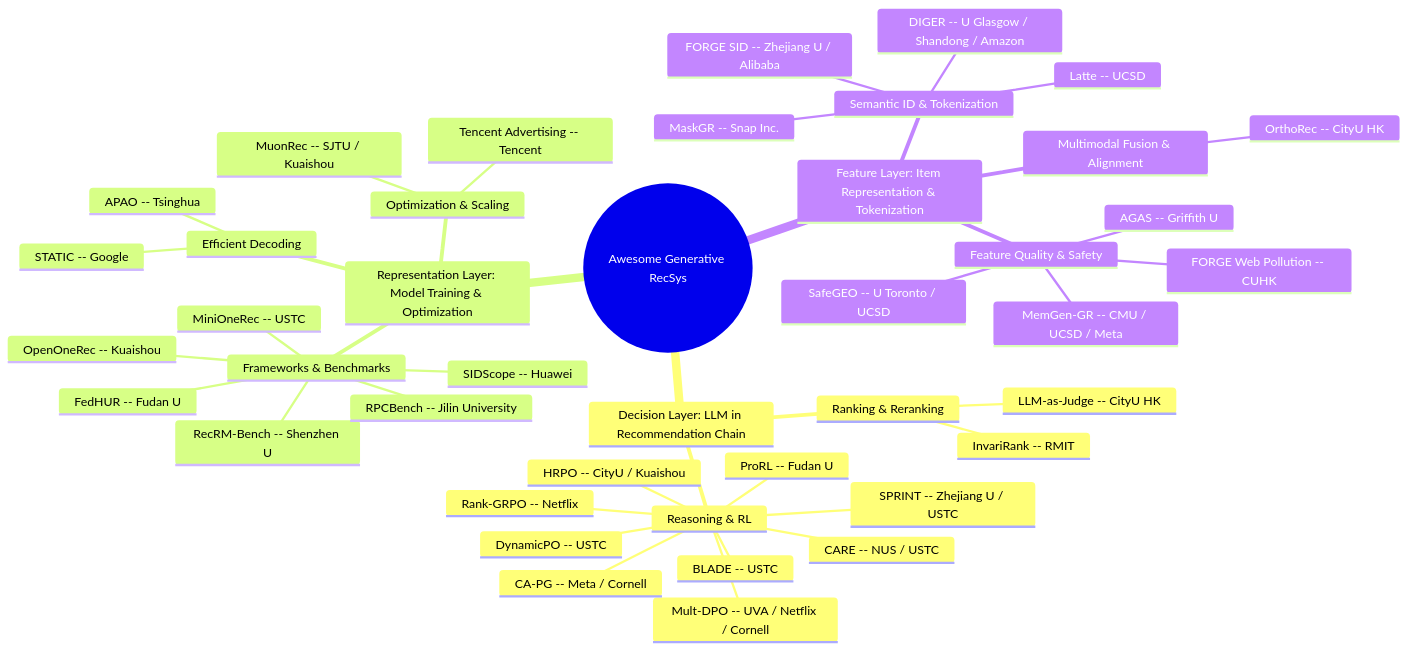
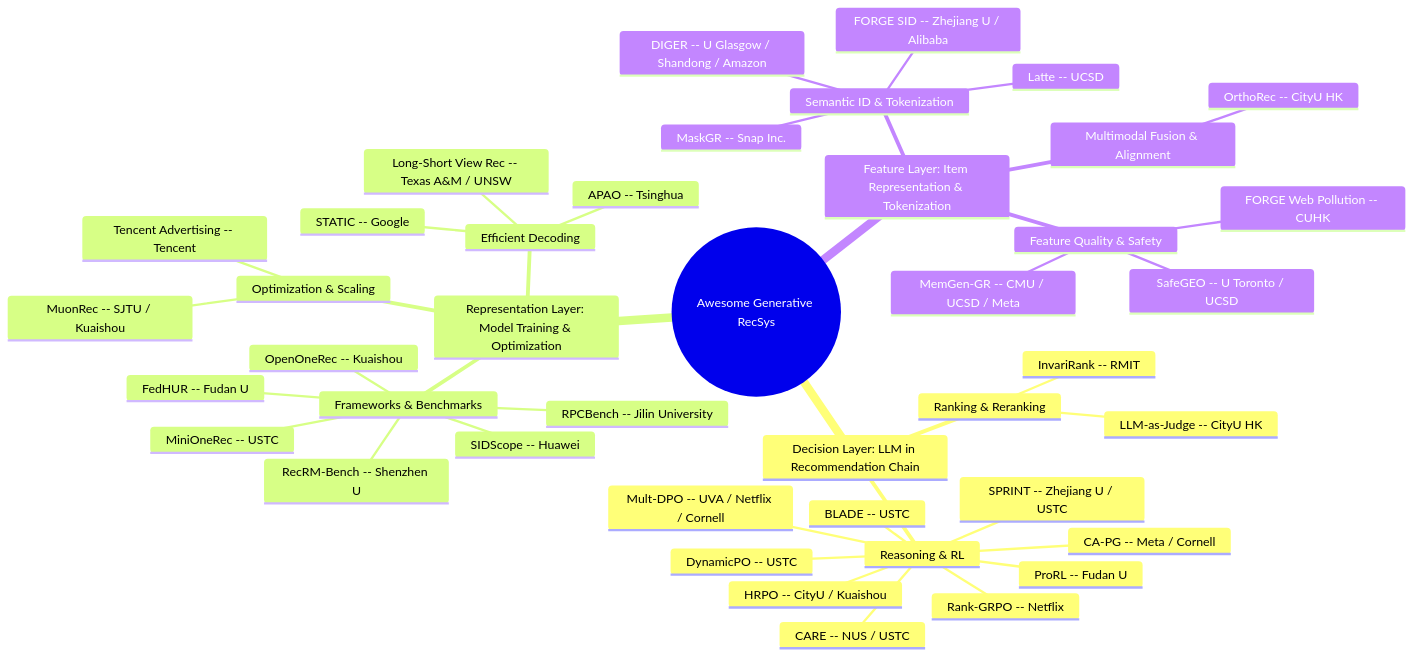
One commit to HaFred/awesome-generative-recsys changed the diagram in README.md. Above: the diagram before and after it, drawn with Mermaid. The commit also changed other lines of this file and 3 other files, not shown here.

````diff
--- a/README.md
+++ b/README.md
@@ -30,45 +30,45 @@
 ```mermaid
 mindmap
   root((Awesome Generative RecSys))
     Decision Layer: LLM in Recommendation Chain
       Reasoning & RL
         Rank-GRPO -- Netflix
         DynamicPO -- USTC
         BLADE -- USTC
         SPRINT -- Zhejiang U / USTC
         CARE -- NUS / USTC
         HRPO -- CityU / Kuaishou
         Mult-DPO -- UVA / Netflix / Cornell
         CA-PG -- Meta / Cornell
         ProRL -- Fudan U
       Ranking & Reranking
         InvariRank -- RMIT
         LLM-as-Judge -- CityU HK
     Representation Layer: Model Training & Optimization
       Frameworks & Benchmarks
         MiniOneRec -- USTC
         OpenOneRec -- Kuaishou
         RecRM-Bench -- Shenzhen U
         SIDScope -- Huawei
         RPCBench -- Jilin University
         FedHUR -- Fudan U
       Efficient Decoding
         STATIC -- Google
         APAO -- Tsinghua
+        Long-Short View Rec -- Texas A&M / UNSW
       Optimization & Scaling
         MuonRec -- SJTU / Kuaishou
         Tencent Advertising -- Tencent
     Feature Layer: Item Representation & Tokenization
       Semantic ID & Tokenization
         Latte -- UCSD
         FORGE SID -- Zhejiang U / Alibaba
         DIGER -- U Glasgow / Shandong / Amazon
         MaskGR -- Snap Inc.
       Multimodal Fusion & Alignment
         OrthoRec -- CityU HK
       Feature Quality & Safety
         SafeGEO -- U Toronto / UCSD
         MemGen-GR -- CMU / UCSD / Meta
         FORGE Web Pollution -- CUHK
-        AGAS -- Griffith U
 ```
````
